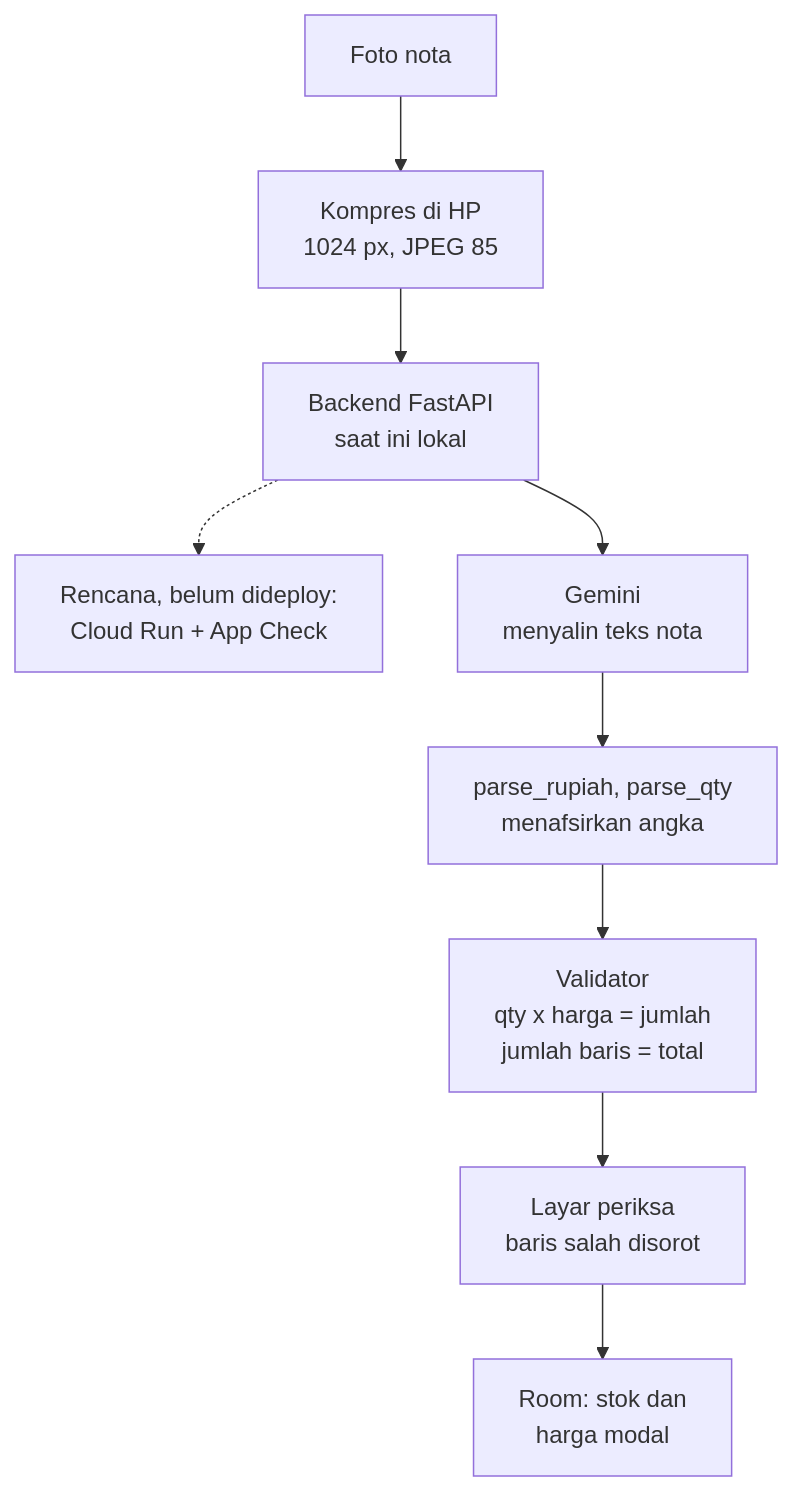
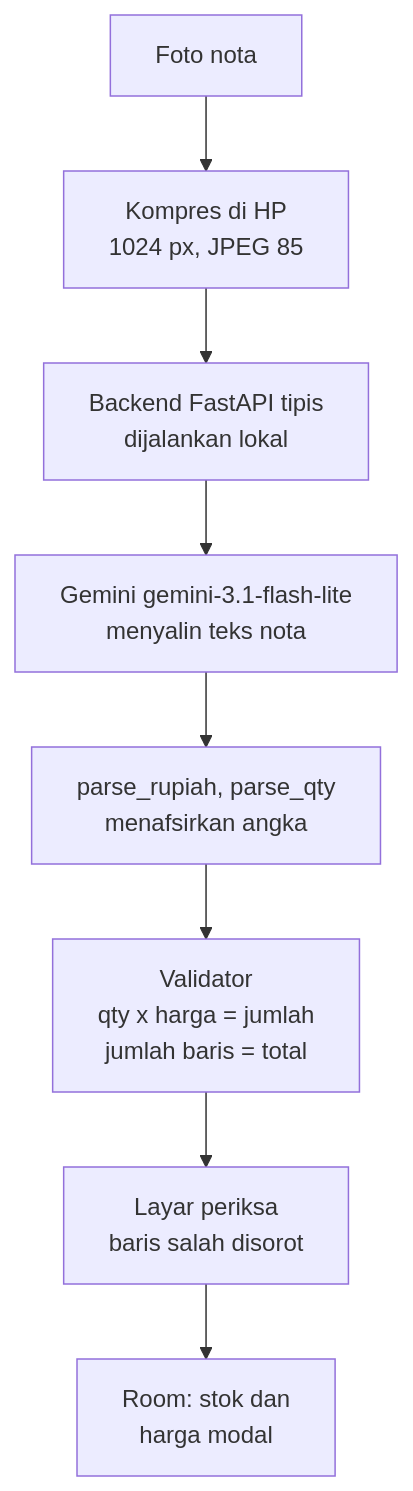
Before and after one commit to Moanaku/nota-kulakan: the diagram in README.md, drawn with Mermaid. The commit also changed other lines of this file, not shown here.

````diff
--- a/README.md
+++ b/README.md
@@ -19,11 +37,10 @@
 ```mermaid
 flowchart TD
   A[Foto nota] --> B[Kompres di HP<br/>1024 px, JPEG 85]
-  B --> C[Backend FastAPI<br/>saat ini lokal]
-  C -.-> R[Rencana, belum dideploy:<br/>Cloud Run + App Check]
-  C --> D[Gemini<br/>menyalin teks nota]
+  B --> C[Backend FastAPI tipis<br/>dijalankan lokal]
+  C --> D[Gemini gemini-3.1-flash-lite<br/>menyalin teks nota]
   D --> E[parse_rupiah, parse_qty<br/>menafsirkan angka]
   E --> F[Validator<br/>qty x harga = jumlah<br/>jumlah baris = total]
   F --> G[Layar periksa<br/>baris salah disorot]
   G --> H[Room: stok dan<br/>harga modal]
 ```
````
